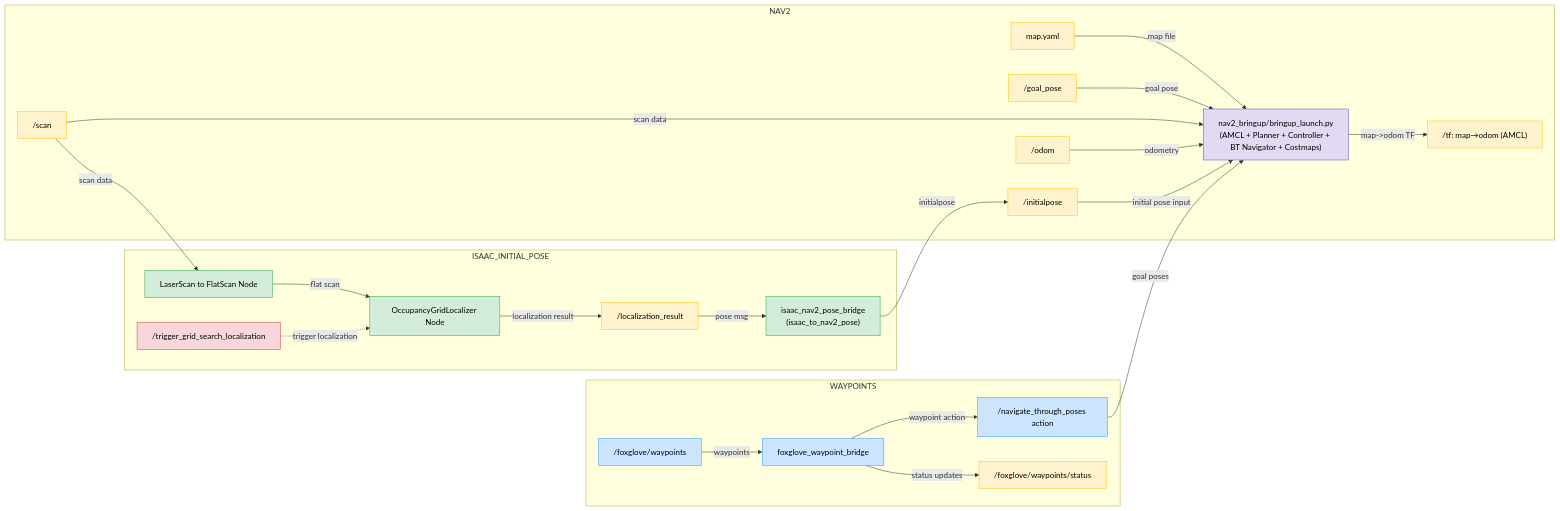
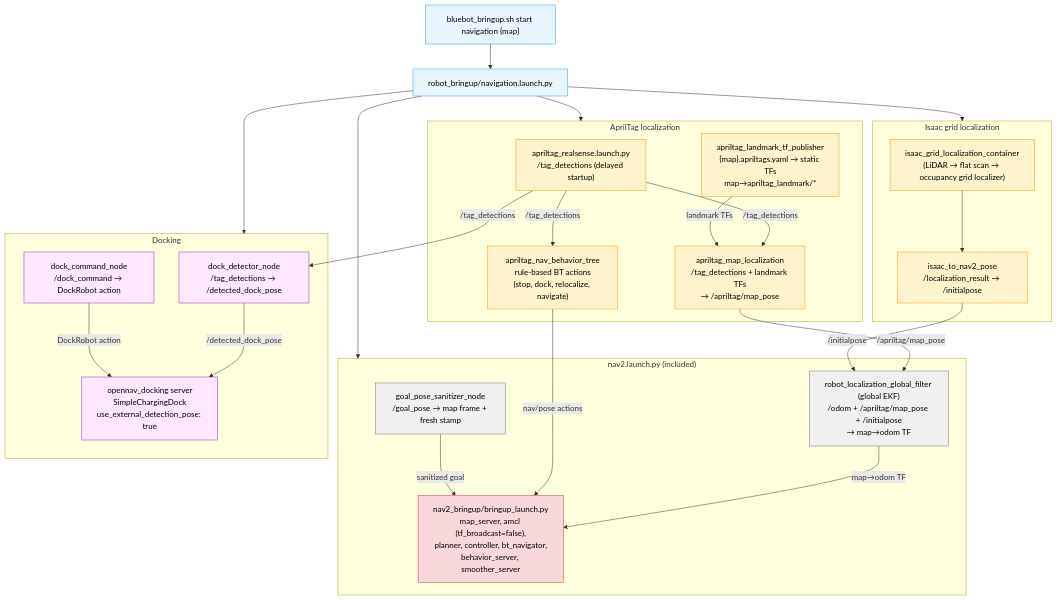
Before and after one commit to NinjaGirlGmr/bluebot: the third of 4 diagrams in scripts/ROS2_STACK_FLOW.md, drawn with Mermaid. The commit also changed other lines of this file and 2 other files, not shown here.

Commit message:
updated stack diagrams

````diff
--- a/scripts/ROS2_STACK_FLOW.md
+++ b/scripts/ROS2_STACK_FLOW.md
@@ -265,61 +97,54 @@
 ```mermaid
-flowchart LR
-%% ---------- STYLE DEFINITIONS ----------
-classDef nav2 fill:#e2d9f3,stroke:#6f42c1,stroke-width:1px,color:#000;
-classDef initialPose fill:#d4edda,stroke:#28a745,stroke-width:1px,color:#000;
-classDef waypoints fill:#cce5ff,stroke:#3399ff,stroke-width:1px,color:#000;
-classDef topic fill:#fff3cd,stroke:#ffc107,stroke-width:1px,color:#000;
-classDef service fill:#f8d7da,stroke:#dc3545,stroke-width:1px,color:#000;
+flowchart TD
+classDef launch fill:#e8f4ff,stroke:#3399ff,stroke-width:1px,color:#000;
+classDef nav2 fill:#f8d7da,stroke:#dc3545,stroke-width:1px,color:#000;
+classDef state fill:#f0f0f0,stroke:#6c757d,stroke-width:1px,color:#000;
+classDef apriltag fill:#fff3cd,stroke:#ff9800,stroke-width:1px,color:#000;
+classDef docking fill:#fde8ff,stroke:#9c27b0,stroke-width:1px,color:#000;
+classDef ops fill:#efe8ff,stroke:#6f42c1,stroke-width:1px,color:#000;
 
-%% ---------- NAV2 SUBSYSTEM ----------
-subgraph NAV2
-MapFile["map.yaml"]:::topic
-Nav2Node["nav2_bringup/bringup_launch.py<br/>(AMCL + Planner + Controller + BT Navigator + Costmaps)"]:::nav2
-Goal["/goal_pose"]:::topic
-InitialPose["/initialpose"]:::topic
-Scan["/scan"]:::topic
-Odom["/odom"]:::topic
-TFmap["/tf: map→odom (AMCL)"]:::topic
+A["bluebot_bringup.sh start navigation {map}"]:::launch
+B["robot_bringup/navigation.launch.py"]:::launch
+
+subgraph NAV2["nav2.launch.py (included)"]
+  N1["nav2_bringup/bringup_launch.py\nmap_server, amcl (tf_broadcast=false),\nplanner, controller, bt_navigator,\nbehavior_server, smoother_server"]:::nav2
+  N2["robot_localization_global_filter (global EKF)\n/odom + /apriltag/map_pose + /initialpose\n→ map→odom TF"]:::state
+  N3["goal_pose_sanitizer_node\n/goal_pose → map frame + fresh stamp"]:::state
 end
 
-%% ---------- ISAAC INITIAL POSE ----------
-subgraph ISAAC_INITIAL_POSE
-L2F["LaserScan to FlatScan Node"]:::initialPose
-OGL["OccupancyGridLocalizer Node"]:::initialPose
-Service["/trigger_grid_search_localization"]:::service
-LocResult["/localization_result"]:::topic
-Bridge["isaac_nav2_pose_bridge<br/>(isaac_to_nav2_pose)"]:::initialPose
+subgraph APRILTAG["AprilTag localization"]
+  AT0["apriltag_realsense.launch.py\n/tag_detections (delayed startup)"]:::apriltag
+  AT1["apriltag_landmark_tf_publisher\n{map}.apriltags.yaml → static TFs\nmap→apriltag_landmark/*"]:::apriltag
+  AT2["apriltag_map_localization\n/tag_detections + landmark TFs\n→ /apriltag/map_pose"]:::apriltag
+  AT3["apriltag_nav_behavior_tree\nrule-based BT actions\n(stop, dock, relocalize, navigate)"]:::apriltag
 end
 
-%% ---------- WAYPOINTS ----------
-subgraph WAYPOINTS
-PoseArray["/foxglove/waypoints"]:::waypoints
-WPBridge["foxglove_waypoint_bridge"]:::waypoints
-NavThroughPoses["/navigate_through_poses action"]:::waypoints
-Status["/foxglove/waypoints/status"]:::topic
+subgraph GRIDLOC["Isaac grid localization"]
+  GL1["isaac_grid_localization_container\n(LiDAR → flat scan → occupancy grid localizer)"]:::apriltag
+  GL2["isaac_to_nav2_pose\n/localization_result → /initialpose"]:::apriltag
 end
 
-%% ---------- DATA FLOW ----------
+subgraph DOCKING["Docking"]
+  DK1["dock_detector_node\n/tag_detections → /detected_dock_pose"]:::docking
+  DK2["dock_command_node\n/dock_command → DockRobot action"]:::docking
+  DK3["opennav_docking server\nSimpleChargingDock\nuse_external_detection_pose: true"]:::docking
+end
 
-%% Nav2 inputs
-MapFile -->|map file| Nav2Node
-Goal -->|goal pose| Nav2Node
-Scan -->|scan data| Nav2Node
-Odom -->|odometry| Nav2Node
-Nav2Node -->|map->odom TF| TFmap
+A --> B
+B --> NAV2
+B --> APRILTAG
+B --> GRIDLOC
+B --> DOCKING
 
-%% Isaac initial pose flow
-Scan -->|scan data| L2F
-L2F -->|flat scan| OGL
-Service -.->|trigger localization| OGL
-OGL -->|localization result| LocResult
-LocResult -->|pose msg| Bridge
-Bridge -->|initialpose| InitialPose
-InitialPose -->|initial pose input| Nav2Node
-
-%% Waypoints flow
-PoseArray -->|waypoints| WPBridge
-WPBridge -->|waypoint action| NavThroughPoses
-NavThroughPoses -->|goal poses| Nav2Node
-WPBridge -->|status updates| Status
+AT0 -->|/tag_detections| AT2
+AT0 -->|/tag_detections| DK1
+AT0 -->|/tag_detections| AT3
+AT1 -->|landmark TFs| AT2
+AT2 -->|/apriltag/map_pose| N2
+GL1 --> GL2 -->|/initialpose| N2
+N2 -->|map→odom TF| N1
+AT3 -->|nav/pose actions| N1
+N3 -->|sanitized goal| N1
+DK1 -->|/detected_dock_pose| DK3
+DK2 -->|DockRobot action| DK3
 ```
````
